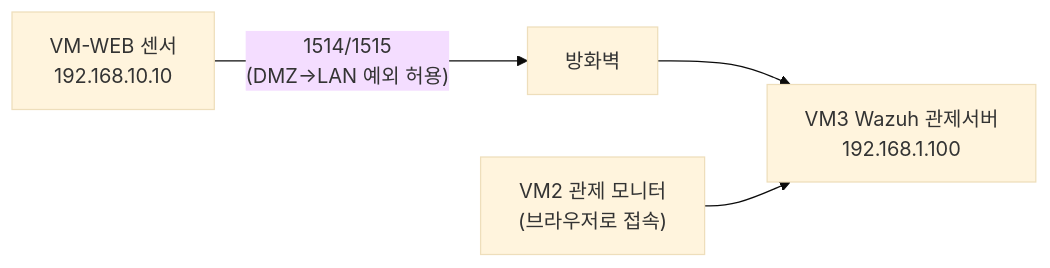
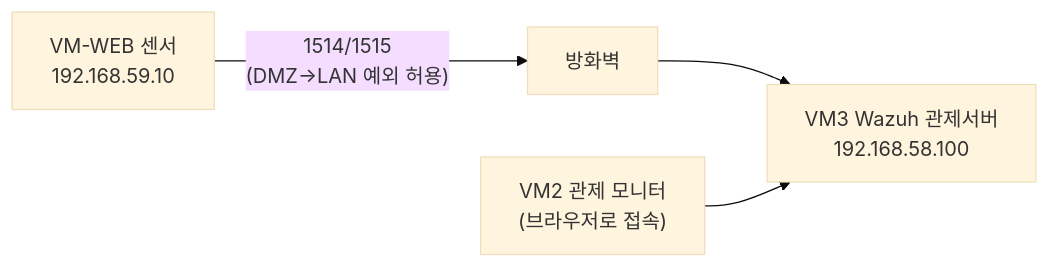
The diagram in _posts/1.응용강의/aiwebsec/2026-06-12-aiwebsec-31-siem-sensor-connect.md (sbaek100/sbaek100.github.io), drawn with Mermaid (base theme) before and after one commit. The commit also changed other lines of this file and 518 other files, not shown here.

````diff
--- a/_posts/1.응용강의/aiwebsec/2026-06-12-aiwebsec-31-siem-sensor-connect.md
+++ b/_posts/1.응용강의/aiwebsec/2026-06-12-aiwebsec-31-siem-sensor-connect.md
@@ -28,6 +28,6 @@
 ```mermaid
 graph LR
-    WEB["VM-WEB 센서<br/>192.168.10.10"] -->|"1514/1515<br/>(DMZ→LAN 예외 허용)"| FW["방화벽"]
-    FW --> VM3["VM3 Wazuh 관제서버<br/>192.168.1.100"]
+    WEB["VM-WEB 센서<br/>192.168.59.10"] -->|"1514/1515<br/>(DMZ→LAN 예외 허용)"| FW["방화벽"]
+    FW --> VM3["VM3 Wazuh 관제서버<br/>192.168.58.100"]
     VM2["VM2 관제 모니터<br/>(브라우저로 접속)"] --> VM3
 ```
````
